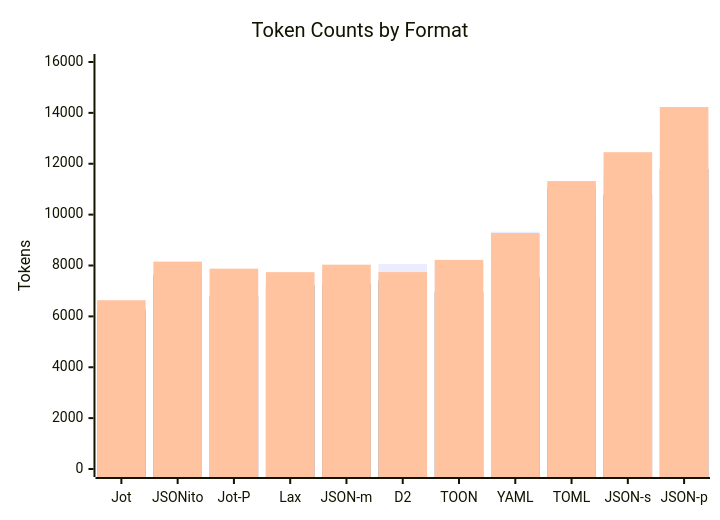
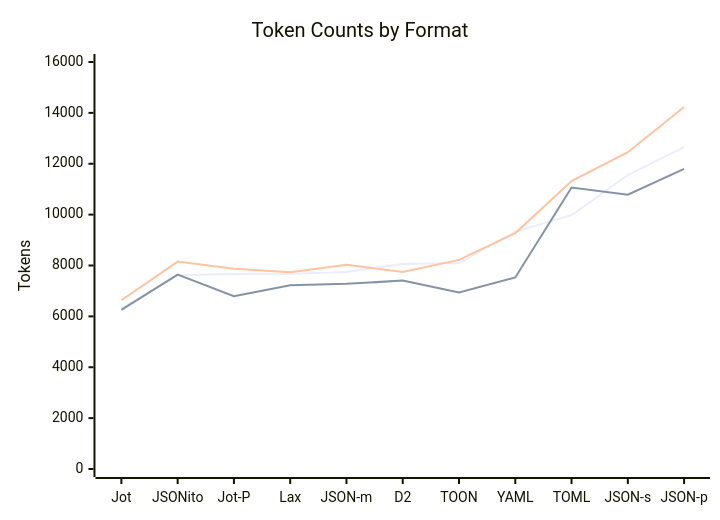
Before and after one commit to creationix/agent-op-agent: the diagram in encoding-formats/SUMMARY.md, drawn with Mermaid. The commit also changed 2 other files, not shown here.

Commit message:
More details

````diff
--- a/encoding-formats/SUMMARY.md
+++ b/encoding-formats/SUMMARY.md
@@ -12,9 +12,9 @@
 ```mermaid
 xychart-beta
     title "Token Counts by Format"
     x-axis ["Jot", "JSONito", "Jot-P", "Lax", "JSON-m", "D2", "TOON", "YAML", "TOML", "JSON-s", "JSON-p"]
     y-axis "Tokens" 0 --> 16000
-    bar "Qwen" [6305, 7615, 7670, 7678, 7748, 8059, 8098, 9330, 9980, 11553, 12656]
-    bar "Legacy" [6258, 7640, 6795, 7225, 7279, 7406, 6942, 7528, 11068, 10786, 11798]
-    bar "Claude" [6635, 8153, 7876, 7739, 8033, 7741, 8220, 9276, 11320, 12455, 14230]
+    line "Qwen" [6305, 7615, 7670, 7678, 7748, 8059, 8098, 9330, 9980, 11553, 12656]
+    line "Legacy" [6258, 7640, 6795, 7225, 7279, 7406, 6942, 7528, 11068, 10786, 11798]
+    line "Claude" [6635, 8153, 7876, 7739, 8033, 7741, 8220, 9276, 11320, 12455, 14230]
 ```
````
